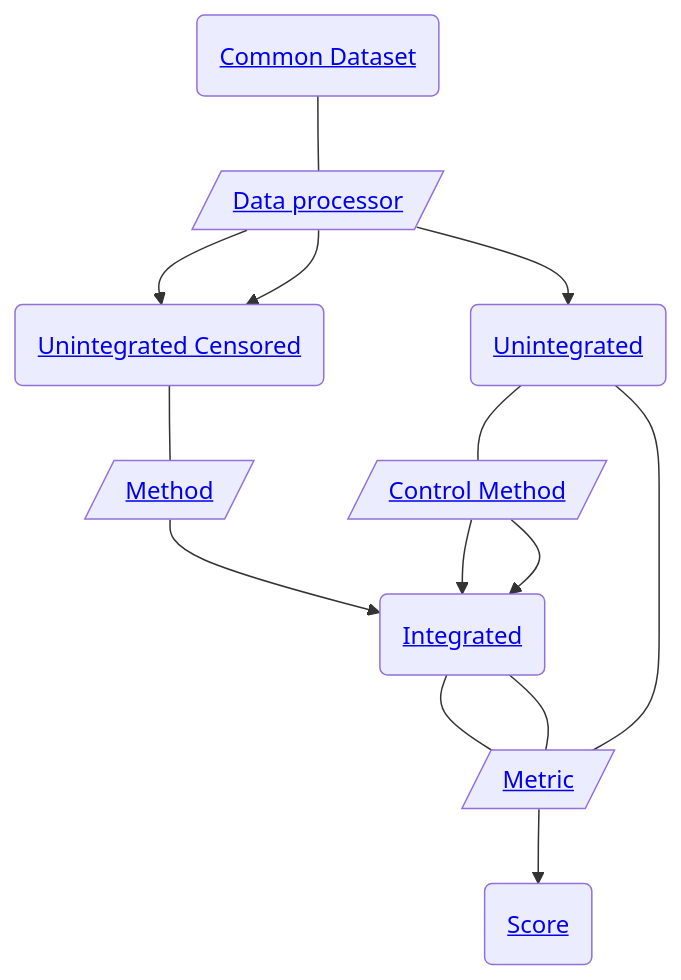
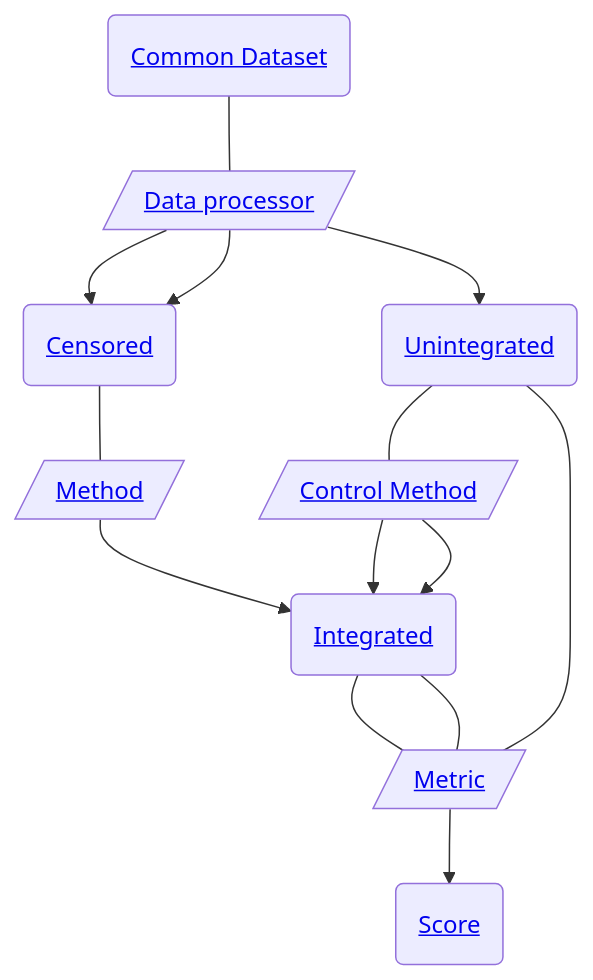
Before and after one commit to openproblems-bio/task_cyto_batch_integration: the diagram in README.md, drawn with Mermaid. The commit also changed other lines of this file and 1 other file, not shown here.

````diff
--- a/README.md
+++ b/README.md
@@ -45,25 +45,25 @@
 ``` mermaid
 flowchart TB
   file_common_dataset("<a href='https://github.com/openproblems-bio/task_cyto_batch_integration#file-format-common-dataset'>Common Dataset</a>")
   comp_data_processor[/"<a href='https://github.com/openproblems-bio/task_cyto_batch_integration#component-type-data-processor'>Data processor</a>"/]
-  file_censored("<a href='https://github.com/openproblems-bio/task_cyto_batch_integration#file-format-unintegrated-censored'>Unintegrated Censored</a>")
+  file_censored("<a href='https://github.com/openproblems-bio/task_cyto_batch_integration#file-format-censored'>Censored</a>")
   file_unintegrated("<a href='https://github.com/openproblems-bio/task_cyto_batch_integration#file-format-unintegrated'>Unintegrated</a>")
   comp_method[/"<a href='https://github.com/openproblems-bio/task_cyto_batch_integration#component-type-method'>Method</a>"/]
   comp_control_method[/"<a href='https://github.com/openproblems-bio/task_cyto_batch_integration#component-type-control-method'>Control Method</a>"/]
   comp_metric[/"<a href='https://github.com/openproblems-bio/task_cyto_batch_integration#component-type-metric'>Metric</a>"/]
   file_integrated("<a href='https://github.com/openproblems-bio/task_cyto_batch_integration#file-format-integrated'>Integrated</a>")
   file_score("<a href='https://github.com/openproblems-bio/task_cyto_batch_integration#file-format-score'>Score</a>")
   file_common_dataset---comp_data_processor
   comp_data_processor-->file_censored
   comp_data_processor-->file_censored
   comp_data_processor-->file_unintegrated
   file_censored---comp_method
   file_unintegrated---comp_control_method
   file_unintegrated---comp_metric
   comp_method-->file_integrated
   comp_control_method-->file_integrated
   comp_control_method-->file_integrated
   comp_metric-->file_score
   file_integrated---comp_metric
   file_integrated---comp_metric
 ```
````
